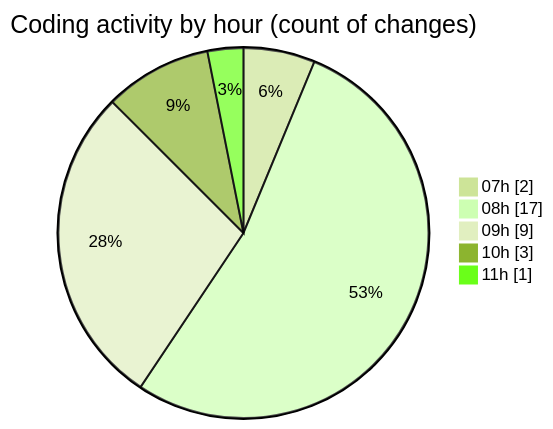
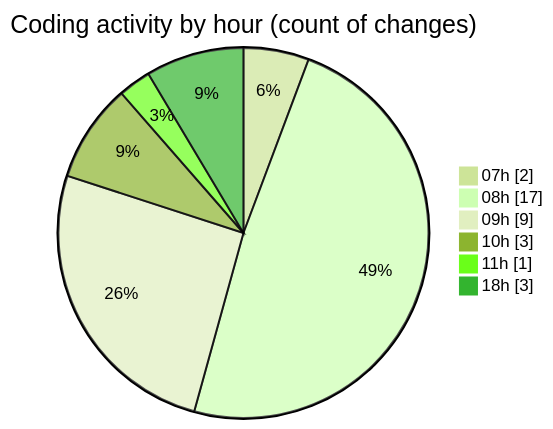
The second of 2 diagrams in 2025-03-11/termonied_testador/README.md (robertbonfada/code-tracking), drawn with Mermaid (forest theme) before and after one commit. The commit also changed other lines of this file and 1 other file, not shown here.

````diff
--- a/2025-03-11/termonied_testador/README.md
+++ b/2025-03-11/termonied_testador/README.md
@@ -38,9 +38,10 @@
 ```mermaid
 pie showData
 title Coding activity by hour (count of changes)
 "07h" : 2
 "08h" : 17
 "09h" : 9
 "10h" : 3
 "11h" : 1
+"18h" : 3
 ```
````
